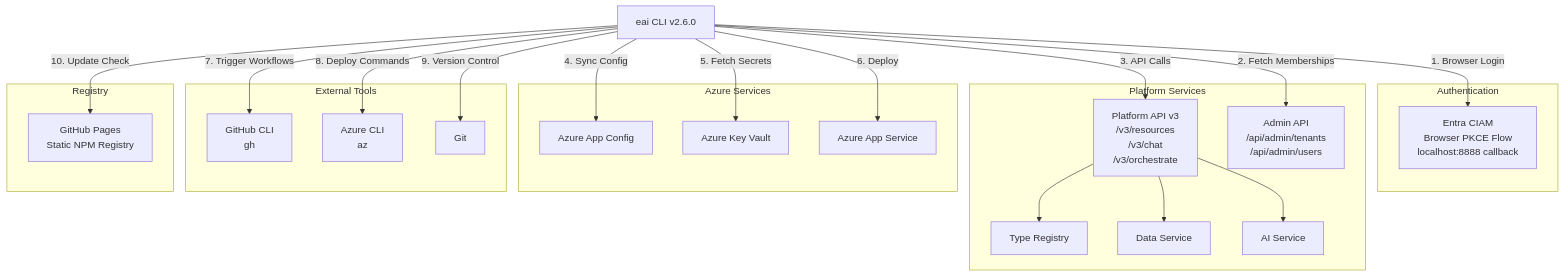
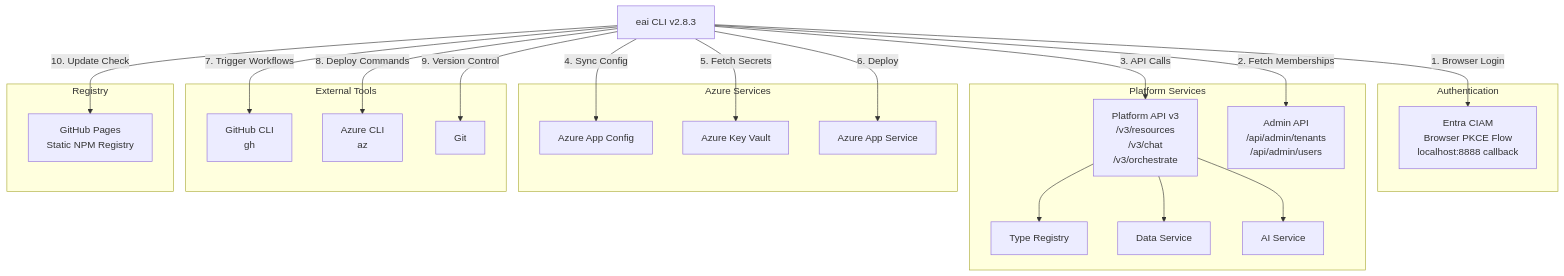
The diagram in .tech-docs/dependencies.md (eai-support/eai), drawn with Mermaid before and after one commit. The commit also changed other lines of this file and 10 other files, not shown here.

````diff
--- a/.tech-docs/dependencies.md
+++ b/.tech-docs/dependencies.md
@@ -17,49 +17,49 @@
 ```mermaid
 graph TB
-    CLI[eai CLI v2.6.0]
+    CLI[eai CLI v2.8.3]
 
     subgraph "Authentication"
         EntraCIAM[Entra CIAM<br/>Browser PKCE Flow<br/>localhost:8888 callback]
     end
 
     subgraph "Platform Services"
         PublicAPI[Platform API v3<br/>/v3/resources<br/>/v3/chat<br/>/v3/orchestrate]
         AdminAPI[Admin API<br/>/api/admin/tenants<br/>/api/admin/users]
         TypeRegistry[Type Registry]
         DataService[Data Service]
         AIService[AI Service]
     end
 
     subgraph "Azure Services"
         AppConfig[Azure App Config]
         KeyVault[Azure Key Vault]
         AppService[Azure App Service]
     end
 
     subgraph "External Tools"
         GitHubCLI[GitHub CLI<br/>gh]
         AzureCLI[Azure CLI<br/>az]
         Git[Git]
     end
 
     subgraph "Registry"
         GitHubPages[GitHub Pages<br/>Static NPM Registry]
     end
 
     CLI -->|1. Browser Login| EntraCIAM
     CLI -->|2. Fetch Memberships| AdminAPI
     CLI -->|3. API Calls| PublicAPI
     PublicAPI --> TypeRegistry
     PublicAPI --> DataService
     PublicAPI --> AIService
 
     CLI -->|4. Sync Config| AppConfig
     CLI -->|5. Fetch Secrets| KeyVault
     CLI -->|6. Deploy| AppService
 
     CLI -->|7. Trigger Workflows| GitHubCLI
     CLI -->|8. Deploy Commands| AzureCLI
     CLI -->|9. Version Control| Git
 
     CLI -->|10. Update Check| GitHubPages
 ```
````
